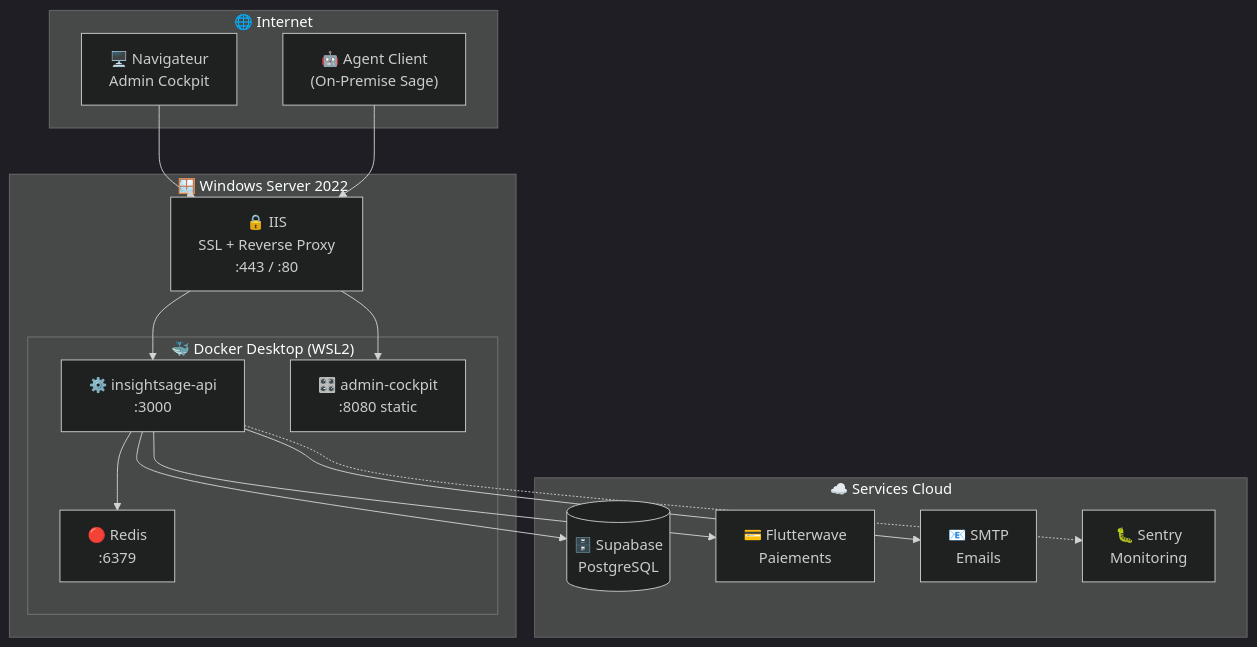
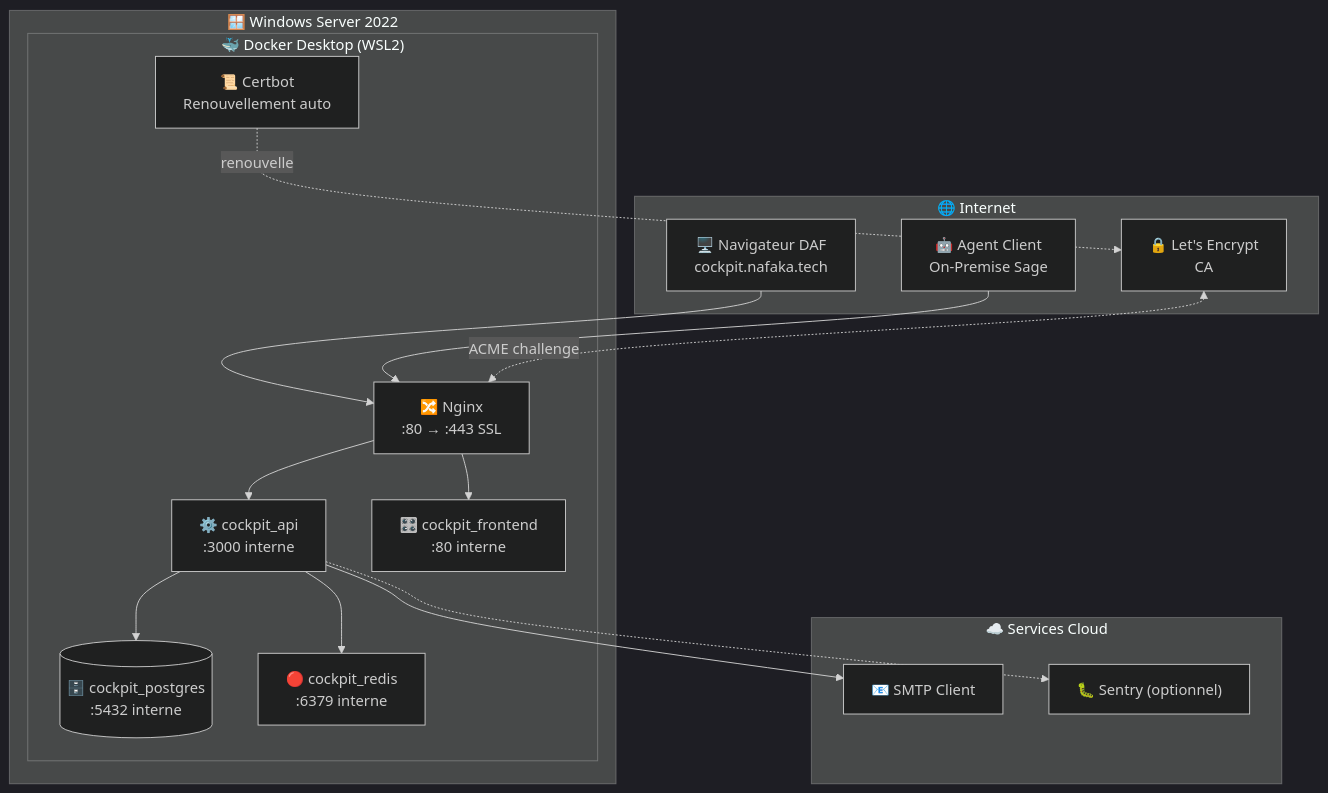
Before and after one commit to AbdoulDiouf2/Insightsage_backend: the diagram in docs/developer/deployment.md, drawn with Mermaid (dark theme). The commit also changed other lines of this file and 6 other files, not shown here.

````diff
--- a/docs/developer/deployment.md
+++ b/docs/developer/deployment.md
@@ -13,33 +13,35 @@
 ```mermaid
 graph TB
     subgraph Internet["🌐 Internet"]
-        USER["🖥️ Navigateur\nAdmin Cockpit"]
-        AGENT_EXT["🤖 Agent Client\n(On-Premise Sage)"]
+        USER["🖥️ Navigateur DAF\ncockpit.nafaka.tech"]
+        AGENT_EXT["🤖 Agent Client\nOn-Premise Sage"]
+        CERTBOT_CA["🔒 Let's Encrypt\nCA"]
     end
 
     subgraph VPS["🪟 Windows Server 2022"]
-        IIS["🔒 IIS\nSSL + Reverse Proxy\n:443 / :80"]
         subgraph Docker["🐳 Docker Desktop (WSL2)"]
-            API["⚙️ insightsage-api\n:3000"]
-            FRONT["🎛️ admin-cockpit\n:8080 static"]
-            REDIS["🔴 Redis\n:6379"]
+            NGINX["🔀 Nginx\n:80 → :443 SSL"]
+            CERTBOT["📜 Certbot\nRenouvellement auto"]
+            API["⚙️ cockpit_api\n:3000 interne"]
+            FRONT["🎛️ cockpit_frontend\n:80 interne"]
+            PG[("🗄️ cockpit_postgres\n:5432 interne")]
+            REDIS["🔴 cockpit_redis\n:6379 interne"]
         end
     end
 
     subgraph Cloud["☁️ Services Cloud"]
-        PG[("🗄️ Supabase\nPostgreSQL")]
-        FLW["💳 Flutterwave\nPaiements"]
-        SMTP["📧 SMTP\nEmails"]
-        SENTRY["🐛 Sentry\nMonitoring"]
+        SMTP["📧 SMTP Client"]
+        SENTRY["🐛 Sentry (optionnel)"]
     end
 
-    USER --> IIS
-    AGENT_EXT --> IIS
-    IIS --> API
-    IIS --> FRONT
+    USER --> NGINX
+    AGENT_EXT --> NGINX
+    CERTBOT_CA <-.->|ACME challenge| NGINX
+    CERTBOT -.->|renouvelle| CERTBOT_CA
+    NGINX --> API
+    NGINX --> FRONT
+    API --> PG
     API --> REDIS
-    API --> PG
-    API --> FLW
     API --> SMTP
     API -.-> SENTRY
 ```
````
